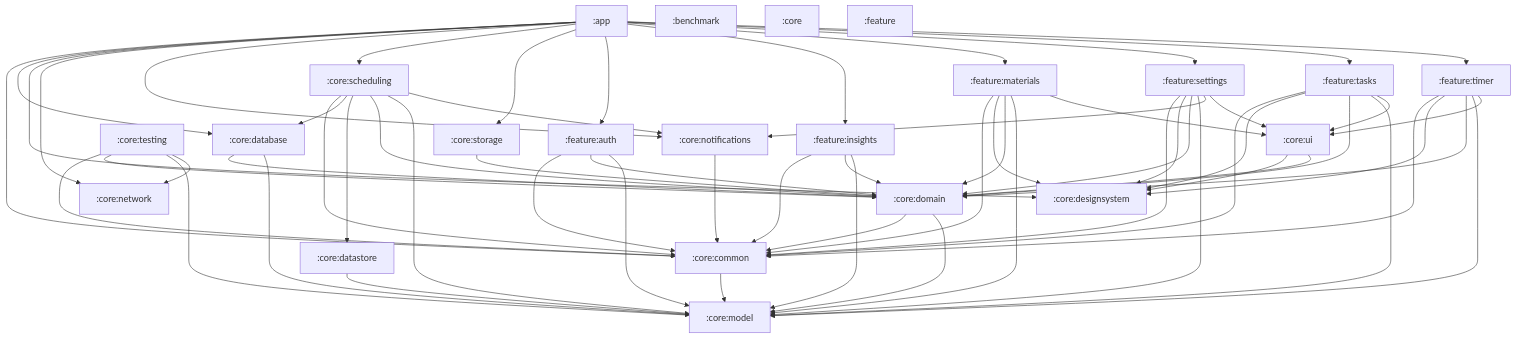
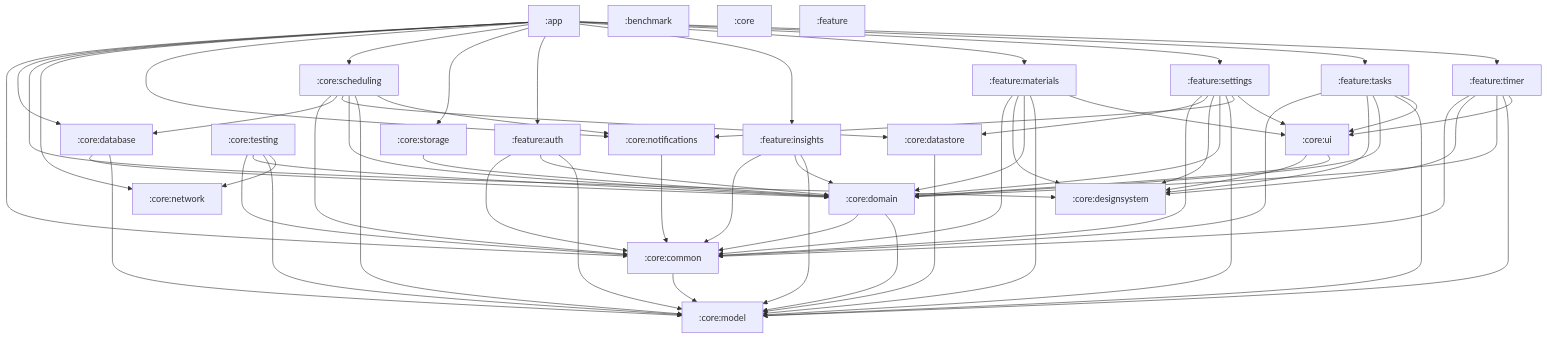
The diagram in docs/module-graph.md (konarsubhojit/study-app), drawn with Mermaid before and after one commit. The commit also changed 24 other files, not shown here.

```diff
--- a/docs/module-graph.md
+++ b/docs/module-graph.md
@@ -74,6 +74,7 @@
     feature_materials --> core_model
     feature_materials --> core_ui
     feature_settings --> core_common
+    feature_settings --> core_datastore
     feature_settings --> core_designsystem
     feature_settings --> core_domain
     feature_settings --> core_model
```
